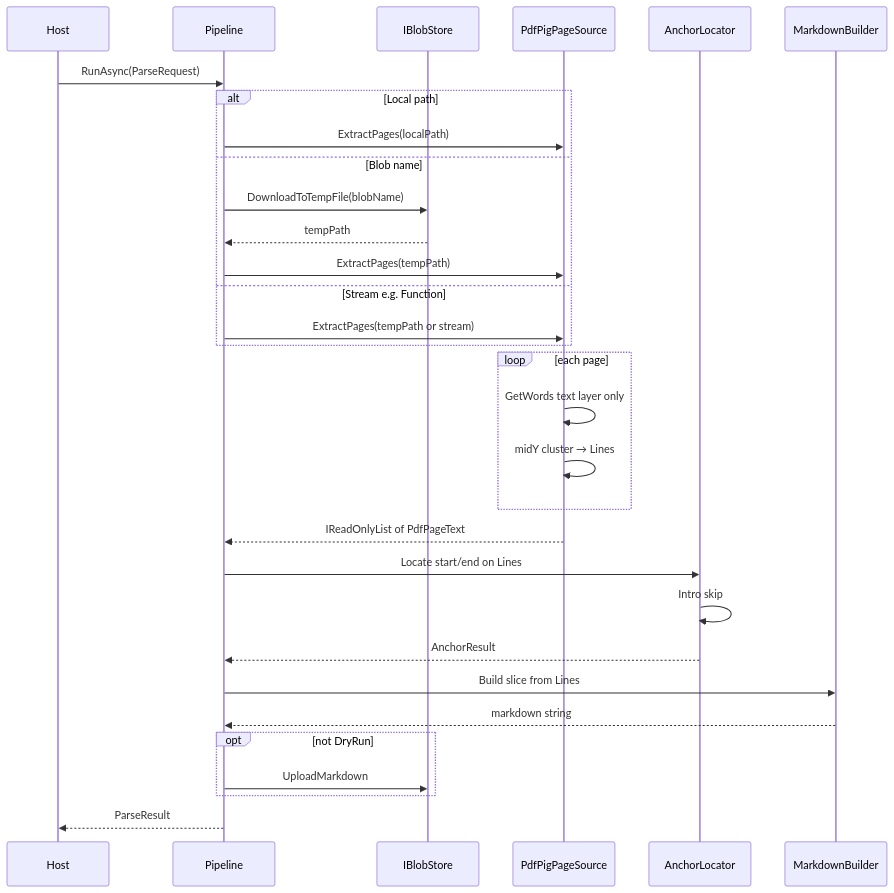
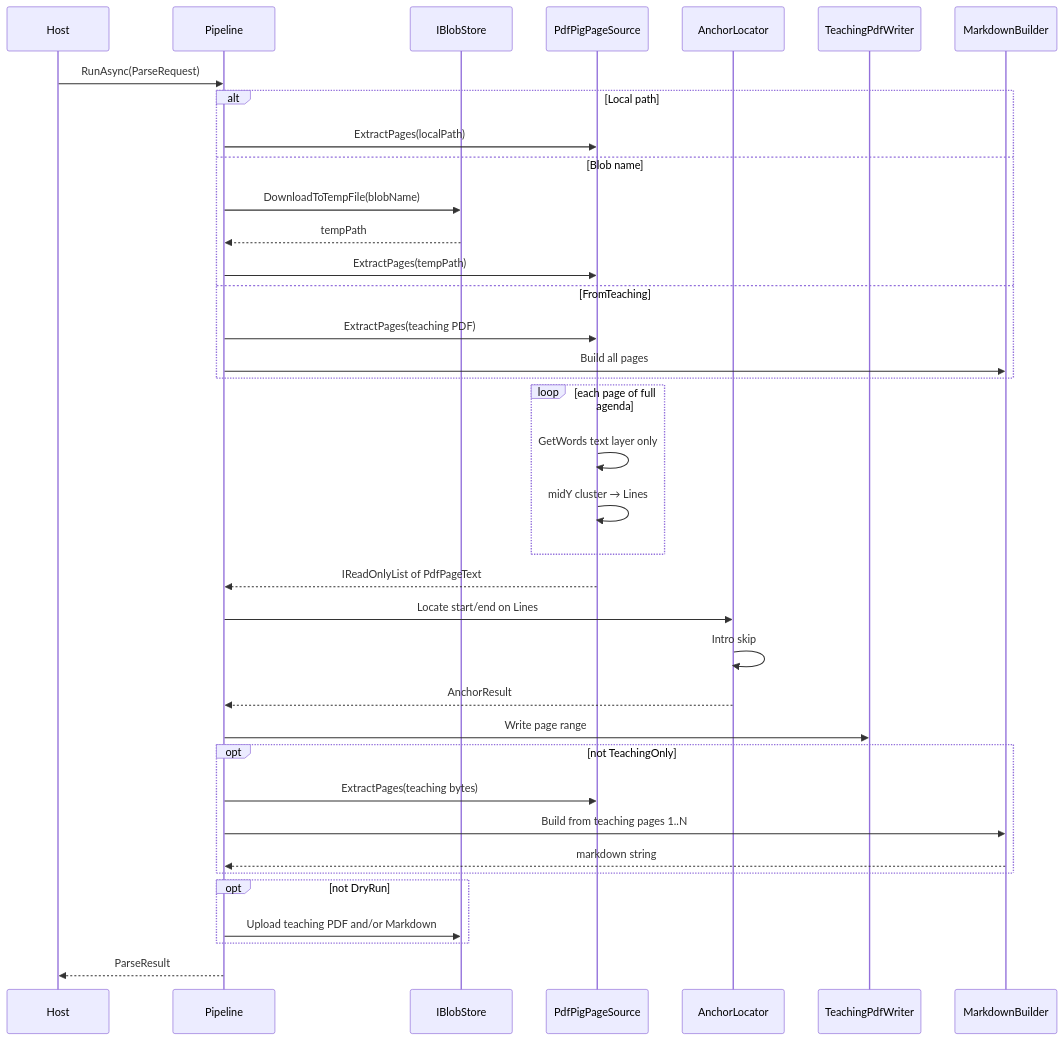
Before and after one commit to LivingMessiahJohn/LivingMessiah: the second of 3 diagrams in ShabbatPdf/docs/design-lmm-parse-pdf.md, drawn with Mermaid. The commit also changed other lines of this file and 26 other files, not shown here.

First line of the commit message:
Split ShabbatPdf into staging compress and teaching extract.

````diff
--- a/ShabbatPdf/docs/design-lmm-parse-pdf.md
+++ b/ShabbatPdf/docs/design-lmm-parse-pdf.md
@@ -174,34 +278,40 @@
 ```mermaid
 sequenceDiagram
   participant Host
   participant Pipeline
   participant Blob as IBlobStore
   participant Pig as PdfPigPageSource
   participant Anchors as AnchorLocator
+  participant Teach as TeachingPdfWriter
   participant Md as MarkdownBuilder
 
   Host->>Pipeline: RunAsync(ParseRequest)
   alt Local path
     Pipeline->>Pig: ExtractPages(localPath)
   else Blob name
     Pipeline->>Blob: DownloadToTempFile(blobName)
     Blob-->>Pipeline: tempPath
     Pipeline->>Pig: ExtractPages(tempPath)
-  else Stream e.g. Function
-    Pipeline->>Pig: ExtractPages(tempPath or stream)
+  else FromTeaching
+    Pipeline->>Pig: ExtractPages(teaching PDF)
+    Pipeline->>Md: Build all pages
   end
-  loop each page
+  loop each page of full agenda
     Pig->>Pig: GetWords text layer only
     Pig->>Pig: midY cluster → Lines
   end
   Pig-->>Pipeline: IReadOnlyList of PdfPageText
   Pipeline->>Anchors: Locate start/end on Lines
   Anchors->>Anchors: Intro skip
   Anchors-->>Pipeline: AnchorResult
-  Pipeline->>Md: Build slice from Lines
-  Md-->>Pipeline: markdown string
+  Pipeline->>Teach: Write page range
+  opt not TeachingOnly
+    Pipeline->>Pig: ExtractPages(teaching bytes)
+    Pipeline->>Md: Build from teaching pages 1..N
+    Md-->>Pipeline: markdown string
+  end
   opt not DryRun
-    Pipeline->>Blob: UploadMarkdown
+    Pipeline->>Blob: Upload teaching PDF and/or Markdown
   end
   Pipeline-->>Host: ParseResult
 ```
````
